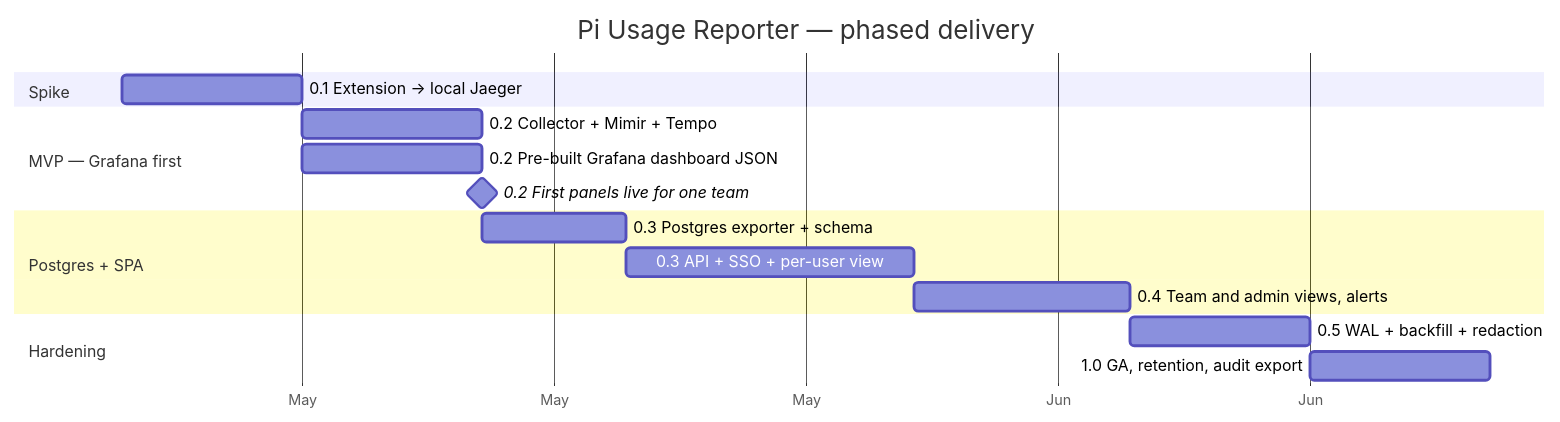
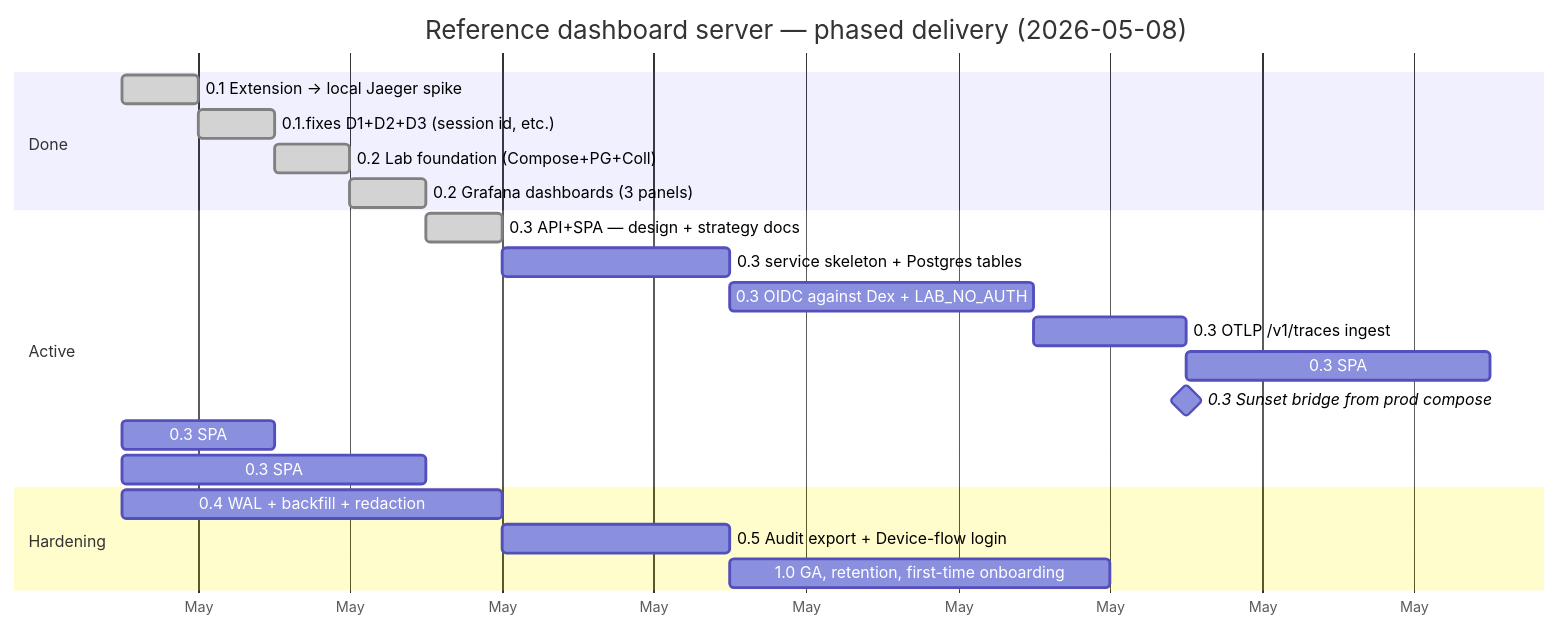
Before and after one commit to vilosource/pi-extensions: the sixth of 7 diagrams in docs/strategy/dashboard-backend-STRATEGY.md, drawn with Mermaid. The commit also changed other lines of this file and 2 other files, not shown here.

First paragraph of the commit message:
docs: align with dashboard's API+SPA design (D13, D14)
Updates pi-extensions docs to reflect the API+SPA design landing
in vilosource/agent-spend-dashboard:

````diff
--- a/docs/strategy/dashboard-backend-STRATEGY.md
+++ b/docs/strategy/dashboard-backend-STRATEGY.md
@@ -175,19 +177,24 @@
 ```mermaid
 gantt
-  title Pi Usage Reporter — phased delivery
+  title Reference dashboard server — phased delivery (2026-05-08)
   dateFormat YYYY-MM-DD
   axisFormat %b
-  section Spike
-  0.1 Extension → local Jaeger          :p01, 2026-05-12, 5d
-  section MVP — Grafana first
-  0.2 Collector + Mimir + Tempo         :p02, after p01, 5d
-  0.2 Pre-built Grafana dashboard JSON  :p02b, after p01, 5d
-  0.2 First panels live for one team    :milestone, after p02, 0d
-  section Postgres + SPA
-  0.3 Postgres exporter + schema        :p03, after p02, 4d
-  0.3 API + SSO + per-user view         :p04, after p03, 8d
-  0.4 Team and admin views, alerts      :p05, after p04, 6d
+  section Done
+  0.1 Extension → local Jaeger spike      :done, p01, 2026-05-08, 1d
+  0.1.fixes  D1+D2+D3 (session id, etc.)  :done, p01b, after p01, 1d
+  0.2 Lab foundation (Compose+PG+Coll)    :done, p02, after p01b, 1d
+  0.2 Grafana dashboards (3 panels)        :done, p02b, after p02, 1d
+  section Active
+  0.3 API+SPA — design + strategy docs    :done, p03d, after p02b, 1d
+  0.3 service skeleton + Postgres tables   :p03a, after p03d, 3d
+  0.3 OIDC against Dex + LAB_NO_AUTH       :p03b, after p03a, 4d
+  0.3 OTLP /v1/traces ingest               :p03c, after p03b, 2d
+  0.3 SPA: Login + /me page                :p03d2, after p03c, 4d
+  0.3 Sunset bridge from prod compose      :milestone, p03e, after p03c, 0d
+  0.3 SPA: /install + tokens               :p03f, after p03d2, 2d
+  0.3 SPA: /team and /admin                :p03g, after p03d2, 4d
   section Hardening
-  0.5 WAL + backfill + redaction        :p06, after p05, 5d
-  1.0 GA, retention, audit export       :p07, after p06, 5d
+  0.4 WAL + backfill + redaction           :p04, after p03g, 5d
+  0.5 Audit export + Device-flow login    :p05, after p04, 3d
+  1.0 GA, retention, first-time onboarding :p06, after p05, 5d
 ```
````
